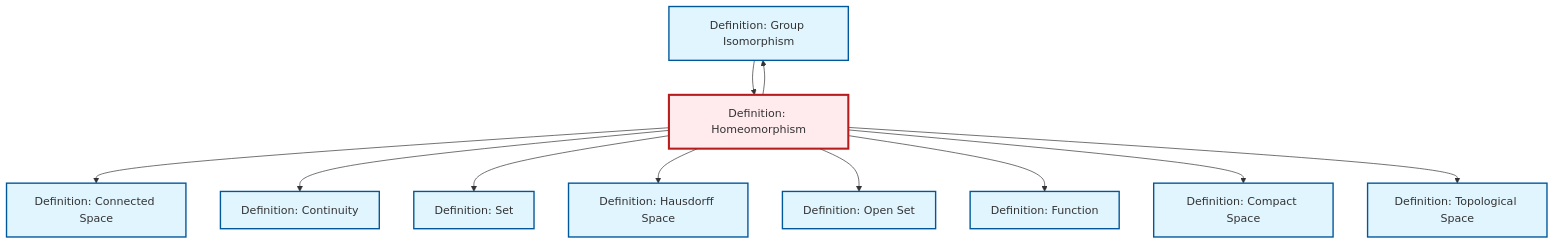
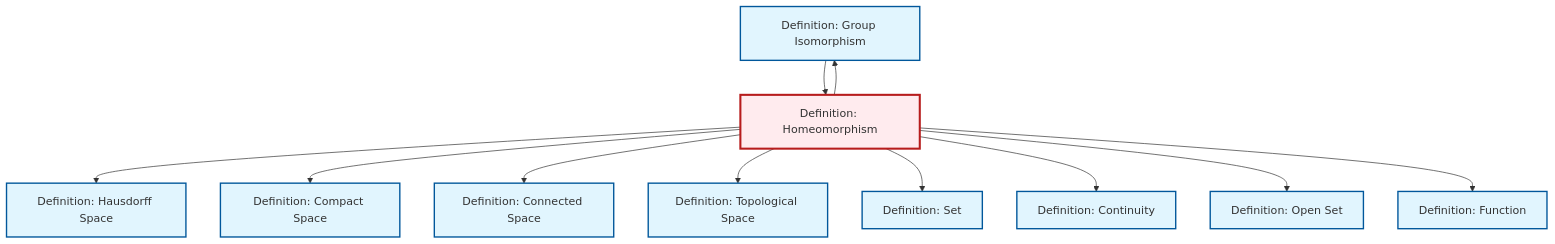
One commit to RK0429/ModernMath changed the diagram in content/en/topology/def-homeomorphism.qmd. Above: the diagram before and after it, drawn with Mermaid. The commit also changed other lines of this file and 597 other files, not shown here.

````diff
--- a/content/en/topology/def-homeomorphism.qmd
+++ b/content/en/topology/def-homeomorphism.qmd
@@ -101,39 +101,39 @@
 ```{mermaid}
 %%| fig-cap: "Local dependency graph"
 graph TD
     classDef definition fill:#e1f5fe,stroke:#01579b,stroke-width:2px
     classDef theorem fill:#f3e5f5,stroke:#4a148c,stroke-width:2px
     classDef axiom fill:#fff3e0,stroke:#e65100,stroke-width:2px
     classDef example fill:#e8f5e9,stroke:#1b5e20,stroke-width:2px
     classDef current fill:#ffebee,stroke:#b71c1c,stroke-width:3px
+    def-compact["Definition: Compact Space"]:::definition
+    def-hausdorff["Definition: Hausdorff Space"]:::definition
+    def-function["Definition: Function"]:::definition
+    def-isomorphism["Definition: Group Isomorphism"]:::definition
+    def-set["Definition: Set"]:::definition
+    def-homeomorphism["Definition: Homeomorphism"]:::definition
     def-connected["Definition: Connected Space"]:::definition
-    def-compact["Definition: Compact Space"]:::definition
-    def-function["Definition: Function"]:::definition
-    def-hausdorff["Definition: Hausdorff Space"]:::definition
+    def-topological-space["Definition: Topological Space"]:::definition
     def-open-set["Definition: Open Set"]:::definition
-    def-topological-space["Definition: Topological Space"]:::definition
-    def-isomorphism["Definition: Group Isomorphism"]:::definition
-    def-homeomorphism["Definition: Homeomorphism"]:::definition
-    def-set["Definition: Set"]:::definition
     def-continuity["Definition: Continuity"]:::definition
+    def-homeomorphism --> def-hausdorff
+    def-homeomorphism --> def-compact
+    def-homeomorphism --> def-isomorphism
+    def-isomorphism --> def-homeomorphism
     def-homeomorphism --> def-connected
+    def-homeomorphism --> def-topological-space
+    def-homeomorphism --> def-set
     def-homeomorphism --> def-continuity
-    def-homeomorphism --> def-set
-    def-homeomorphism --> def-hausdorff
-    def-homeomorphism --> def-isomorphism
     def-homeomorphism --> def-open-set
     def-homeomorphism --> def-function
-    def-homeomorphism --> def-compact
-    def-isomorphism --> def-homeomorphism
-    def-homeomorphism --> def-topological-space
     class def-homeomorphism current
-    click def-connected "def-connected.html" "Go to Connected Space definition"
     click def-compact "def-compact.html" "Go to Compact Space definition"
+    click def-hausdorff "def-hausdorff.html" "Go to Hausdorff Space definition"
     click def-function "def-function.html" "Go to Function definition"
-    click def-hausdorff "def-hausdorff.html" "Go to Hausdorff Space definition"
-    click def-open-set "def-open-set.html" "Go to Open Set definition"
-    click def-topological-space "def-topological-space.html" "Go to Topological Space definition"
     click def-isomorphism "def-isomorphism.html" "Go to Group Isomorphism definition"
     click def-set "def-set.html" "Go to Set definition"
+    click def-connected "def-connected.html" "Go to Connected Space definition"
+    click def-topological-space "def-topological-space.html" "Go to Topological Space definition"
+    click def-open-set "def-open-set.html" "Go to Open Set definition"
     click def-continuity "def-continuity.html" "Go to Continuity definition"
 ```
````
